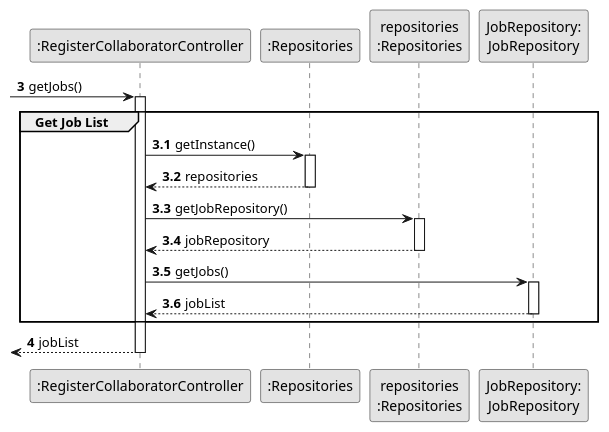
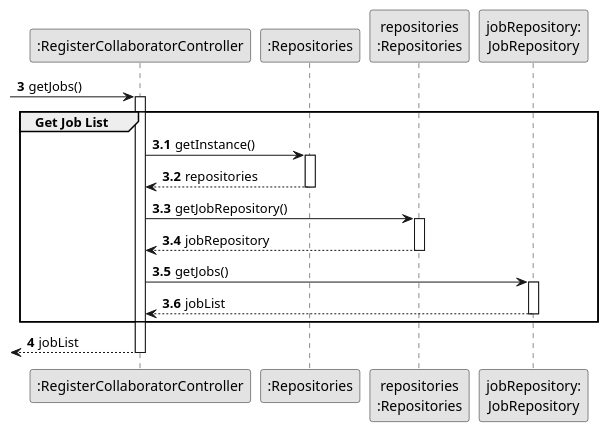
Before and after one commit to Departamento-de-Engenharia-Informatica/lei-24-s2-1dm-g132: the diagram in docs/sprintB/us003/03.design/puml/us003-sequence-diagram-partial-get-job-list.puml, drawn with PlantUML. The commit also changed 5 other files, not shown here.

Commit message:
US003 sequence diagrams minor correction

```diff
--- a/docs/sprintB/us003/03.design/puml/us003-sequence-diagram-partial-get-job-list.puml
+++ b/docs/sprintB/us003/03.design/puml/us003-sequence-diagram-partial-get-job-list.puml
@@ -1,42 +1,42 @@
 @startuml
 skinparam monochrome true
 skinparam packageStyle rectangle
 skinparam shadowing false
 
 autonumber 3
 
 'hide footbox
 participant ":RegisterCollaboratorController" as CTRL
 participant ":Repositories" as RepositorySingleton
 participant "repositories\n:Repositories" as PLAT
-participant "JobRepository:\nJobRepository" as JobRepository
+participant "jobRepository:\nJobRepository" as JobRepository
 
 
             -> CTRL : getJobs()
             autonumber 3.1
             activate CTRL
             group Get Job List
 
                 CTRL -> RepositorySingleton : getInstance()
                 activate RepositorySingleton
 
                     RepositorySingleton --> CTRL: repositories
                 deactivate RepositorySingleton
 
                 CTRL -> PLAT : getJobRepository()
                 activate PLAT
 
                     PLAT --> CTRL: jobRepository
                 deactivate PLAT
 
                 CTRL -> JobRepository : getJobs()
                 activate JobRepository
 
                     JobRepository --> CTRL : jobList
                 deactivate JobRepository
 
             end
             autonumber 4
                 <-- CTRL : jobList
             deactivate CTRL
 @enduml
```
